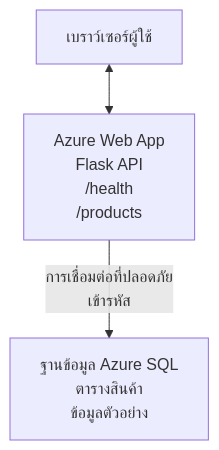
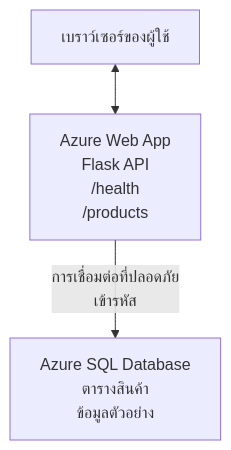
Before and after one commit to microsoft/AZD-for-beginners: the diagram in translations/th/examples/database-app/README.md, drawn with Mermaid. The commit also changed other lines of this file and 101 other files, not shown here.

````diff
--- a/translations/th/examples/database-app/README.md
+++ b/translations/th/examples/database-app/README.md
@@ -72,5 +72,5 @@
 ```mermaid
 graph TD
-    Browser[เบราว์เซอร์ผู้ใช้] <--> WebApp[Azure Web App<br/>Flask API<br/>/health<br/>/products]
-    WebApp -- การเชื่อมต่อที่ปลอดภัย<br/>เข้ารหัส --> SQL[ฐานข้อมูล Azure SQL<br/>ตารางสินค้า<br/>ข้อมูลตัวอย่าง]
+    Browser[เบราว์เซอร์ของผู้ใช้] <--> WebApp[Azure Web App<br/>Flask API<br/>/health<br/>/products]
+    WebApp -- การเชื่อมต่อที่ปลอดภัย<br/>เข้ารหัส --> SQL[Azure SQL Database<br/>ตารางสินค้า<br/>ข้อมูลตัวอย่าง]
 ```
````
